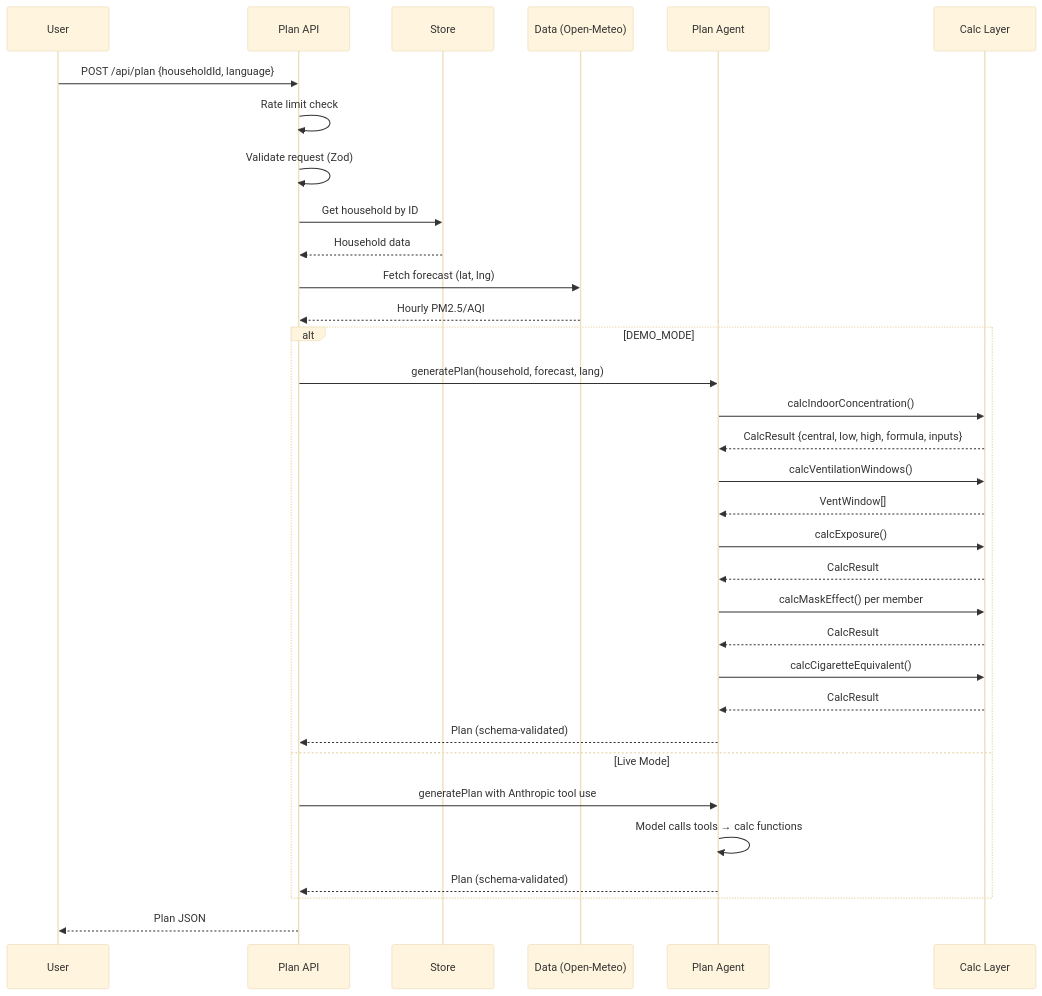
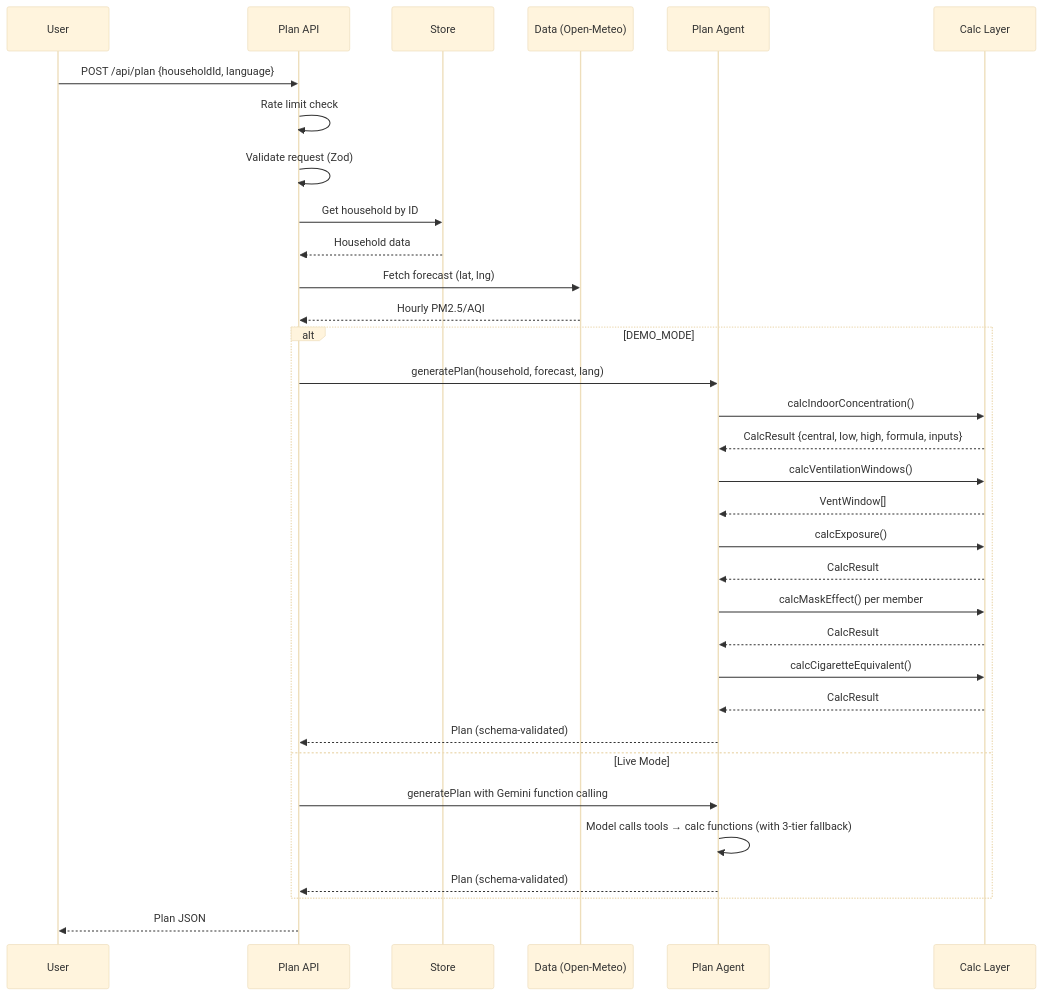
Before and after one commit to bhavanshu-1112/AirPlan: the second of 2 diagrams in docs/ARCHITECTURE.md, drawn with Mermaid (base theme). The commit also changed other lines of this file and 26 other files, not shown here.

````diff
--- a/docs/ARCHITECTURE.md
+++ b/docs/ARCHITECTURE.md
@@ -66,38 +66,38 @@
 ```mermaid
 sequenceDiagram
     participant U as User
     participant P as Plan API
     participant S as Store
     participant D as Data (Open-Meteo)
     participant L as Plan Agent
     participant C as Calc Layer
 
     U->>P: POST /api/plan {householdId, language}
     P->>P: Rate limit check
     P->>P: Validate request (Zod)
     P->>S: Get household by ID
     S-->>P: Household data
     P->>D: Fetch forecast (lat, lng)
     D-->>P: Hourly PM2.5/AQI
 
     alt DEMO_MODE
         P->>L: generatePlan(household, forecast, lang)
         L->>C: calcIndoorConcentration()
         C-->>L: CalcResult {central, low, high, formula, inputs}
         L->>C: calcVentilationWindows()
         C-->>L: VentWindow[]
         L->>C: calcExposure()
         C-->>L: CalcResult
         L->>C: calcMaskEffect() per member
         C-->>L: CalcResult
         L->>C: calcCigaretteEquivalent()
         C-->>L: CalcResult
         L-->>P: Plan (schema-validated)
     else Live Mode
-        P->>L: generatePlan with Anthropic tool use
-        L->>L: Model calls tools → calc functions
+        P->>L: generatePlan with Gemini function calling
+        L->>L: Model calls tools → calc functions (with 3-tier fallback)
         L-->>P: Plan (schema-validated)
     end
 
     P-->>U: Plan JSON
 ```
````
